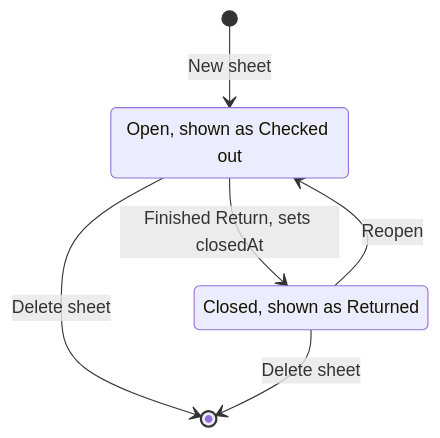
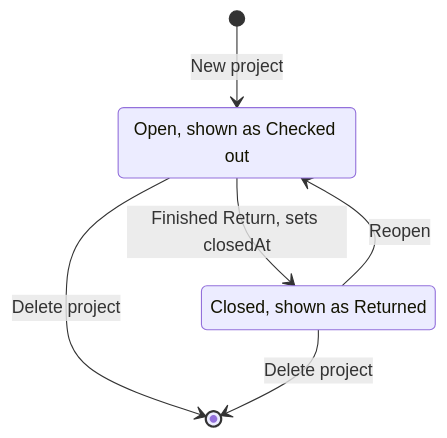
One commit to davetashner/supply-checkout changed the fifth of 12 diagrams in docs/architecture/README.md. Above: the diagram before and after it, drawn with Mermaid. The commit also changed other lines of this file and 77 other files, not shown here.

````diff
--- a/docs/architecture/README.md
+++ b/docs/architecture/README.md
@@ -225,10 +225,10 @@
 ```mermaid
 stateDiagram-v2
   state "Open, shown as Checked out" as open
   state "Closed, shown as Returned" as closed
-  [*] --> open : New sheet
+  [*] --> open : New project
   open --> closed : Finished Return, sets closedAt
   closed --> open : Reopen
-  open --> [*] : Delete sheet
-  closed --> [*] : Delete sheet
+  open --> [*] : Delete project
+  closed --> [*] : Delete project
 ```
````
